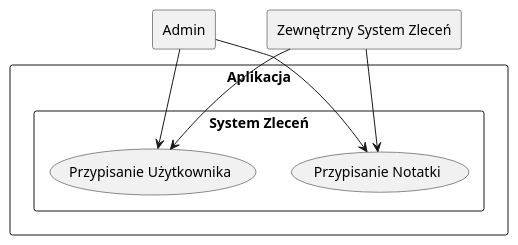
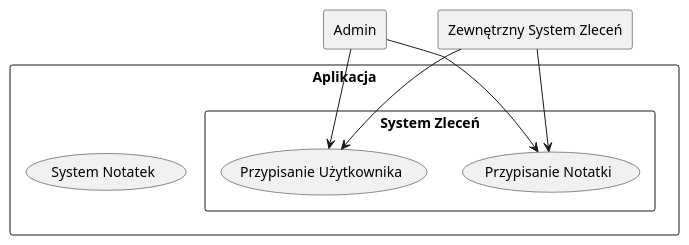
One commit to m-panczyk/gn_plantuml changed the diagram in ds.ticket.puml. Above: the diagram before and after it, drawn with PlantUML.

Commit message:
modified:   ds.ticket.puml

```diff
--- a/ds.ticket.puml
+++ b/ds.ticket.puml
@@ -2,15 +2,16 @@
 @startuml
 rectangle "Admin" as admin
 rectangle "Zewnętrzny System Zleceń" as zsz
 rectangle Aplikacja as app {
 	rectangle "System Zleceń" as sz{
 		(Przypisanie Notatki) as assign_n
 		(Przypisanie Użytkownika) as assign_u
     }
+    (System Notatek) as sn
 	
 	zsz --> assign_n
 	zsz --> assign_u
 	admin --> assign_n
 	admin --> assign_u
 }
 @enduml
```
